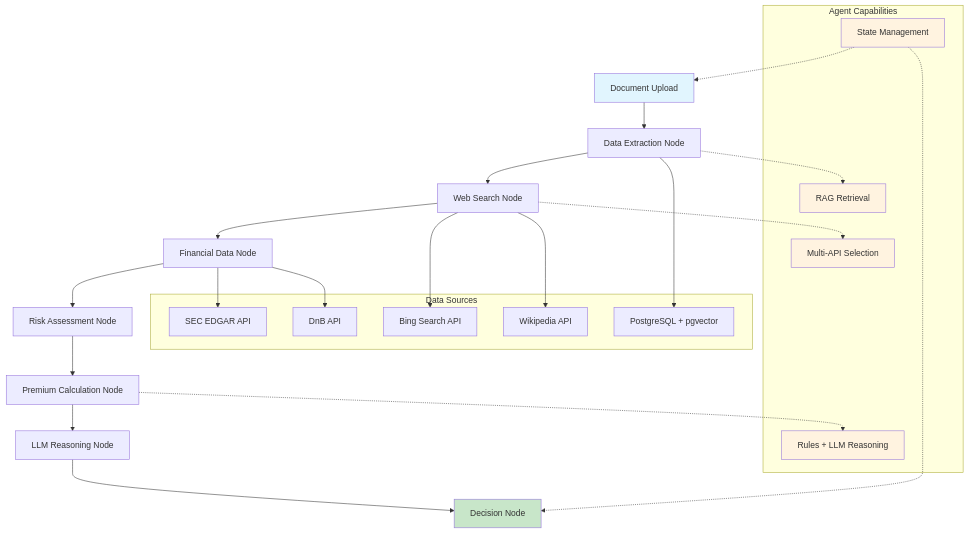
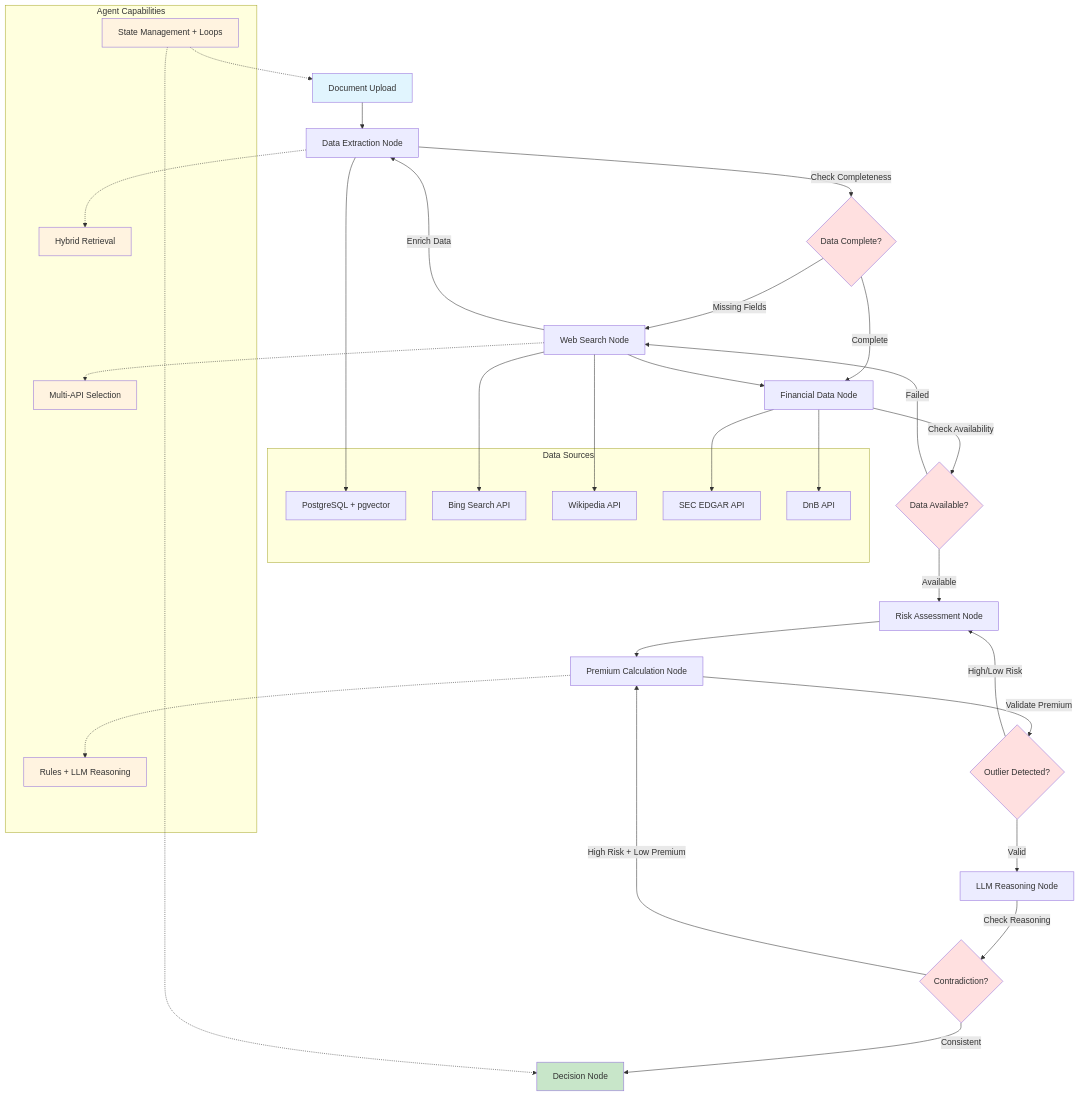
One commit to sidusitforcolab/insurance_comm_auto_agent changed the diagram in docs/interview_preparation.md. Above: the diagram before and after it, drawn with Mermaid.

Commit message:
Update Mermaid flowchart with conditional loops and decision nodes

````diff
--- a/docs/interview_preparation.md
+++ b/docs/interview_preparation.md
@@ -301,44 +301,63 @@
 ```mermaid
 graph TD
     A[Document Upload] --> B[Data Extraction Node]
-    B --> C[Web Search Node]
-    C --> D[Financial Data Node]
-    D --> E[Risk Assessment Node]
+    
+    B --> |Check Completeness| B_Check{Data Complete?}
+    B_Check -->|Missing Fields| C[Web Search Node]
+    B_Check -->|Complete| D[Financial Data Node]
+    
+    C --> |Enrich Data| B
+    C --> D
+    
+    D --> |Check Availability| D_Check{Data Available?}
+    D_Check -->|Failed| C
+    D_Check -->|Available| E[Risk Assessment Node]
+    
     E --> F[Premium Calculation Node]
-    F --> G[LLM Reasoning Node]
-    G --> H[Decision Node]
+    
+    F --> |Validate Premium| F_Check{Outlier Detected?}
+    F_Check -->|High/Low Risk| E
+    F_Check -->|Valid| G[LLM Reasoning Node]
+    
+    G --> |Check Reasoning| G_Check{Contradiction?}
+    G_Check -->|High Risk + Low Premium| F
+    G_Check -->|Consistent| H[Decision Node]
 
     subgraph "Data Sources"
         I[PostgreSQL + pgvector]
         J[Bing Search API]
         K[Wikipedia API]
         L[SEC EDGAR API]
         M[DnB API]
     end
 
     B --> I
     C --> J
     C --> K
     D --> L
     D --> M
 
     subgraph "Agent Capabilities"
-        N[RAG Retrieval]
+        N[Hybrid Retrieval]
         O[Multi-API Selection]
         P[Rules + LLM Reasoning]
-        Q[State Management]
+        Q[State Management + Loops]
     end
 
     B -.-> N
     C -.-> O
     F -.-> P
     Q -.-> A
     Q -.-> H
 
     style A fill:#e1f5fe
     style H fill:#c8e6c9
     style N fill:#fff3e0
     style O fill:#fff3e0
     style P fill:#fff3e0
     style Q fill:#fff3e0
+    style B_Check fill:#ffe0e0
+    style D_Check fill:#ffe0e0
+    style F_Check fill:#ffe0e0
+    style G_Check fill:#ffe0e0
 ```
````
